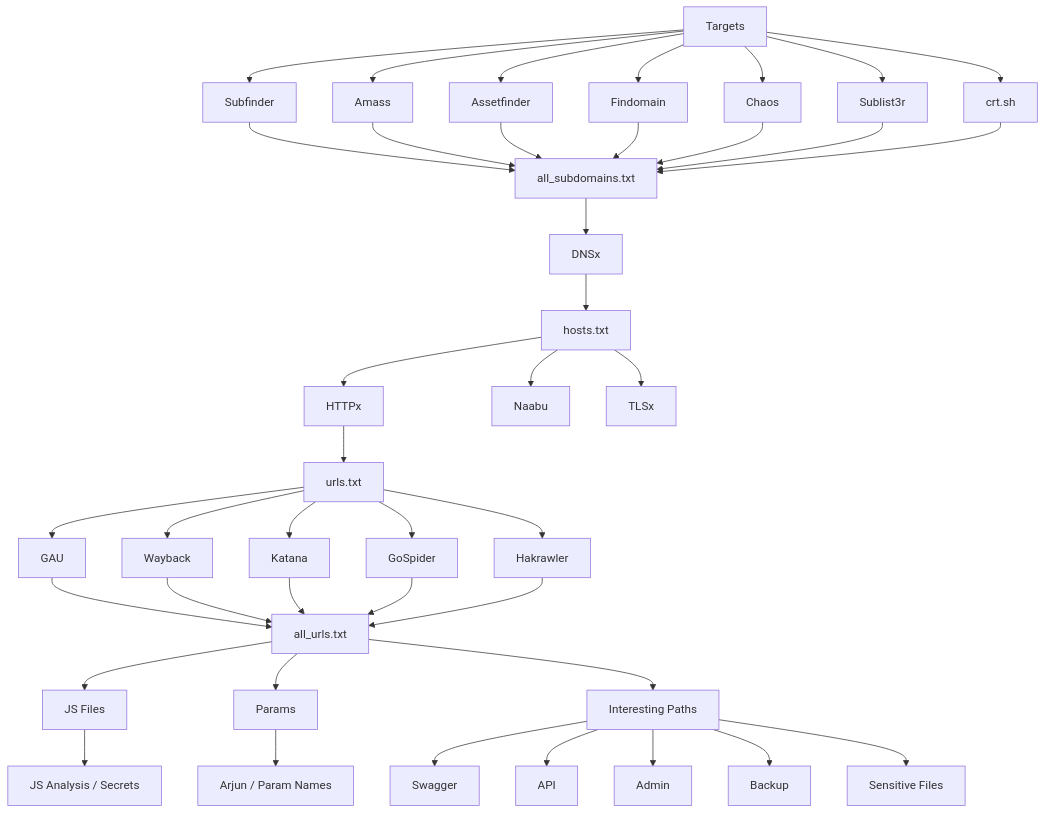
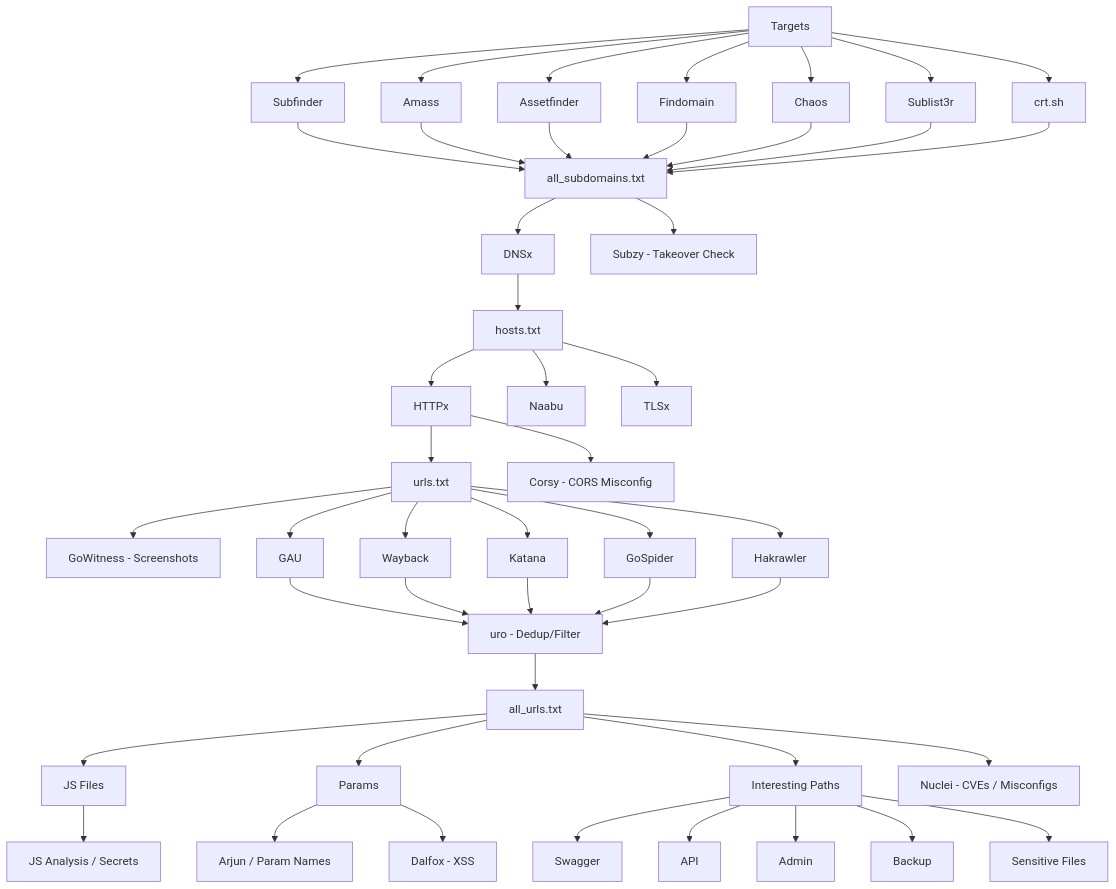
The diagram in README.md (Creed0C/Recon-pipeline), drawn with Mermaid before and after one commit. The commit also changed other lines of this file, not shown here.

````diff
--- a/README.md
+++ b/README.md
@@ -7,40 +7,47 @@
 ```mermaid
 flowchart TD
     T[Targets] --> SF[Subfinder]
     T --> AM[Amass]
     T --> AF[Assetfinder]
     T --> FD[Findomain]
     T --> CH[Chaos]
     T --> SL[Sublist3r]
     T --> CRT[crt.sh]
 
     SF & AM & AF & FD & CH & SL & CRT --> ALLSUB[all_subdomains.txt]
     ALLSUB --> DNSX[DNSx]
+    ALLSUB --> SUBZY[Subzy - Takeover Check]
     DNSX --> HOSTS[hosts.txt]
 
     HOSTS --> HTTPX[HTTPx]
     HOSTS --> NAABU[Naabu]
     HOSTS --> TLSX[TLSx]
 
     HTTPX --> URLS[urls.txt]
+    URLS --> GOWIT[GoWitness - Screenshots]
 
     URLS --> GAU[GAU]
     URLS --> WB[Wayback]
     URLS --> KAT[Katana]
     URLS --> GS[GoSpider]
     URLS --> HK[Hakrawler]
 
-    GAU & WB & KAT & GS & HK --> ALLURL[all_urls.txt]
+    GAU & WB & KAT & GS & HK --> URO[uro - Dedup/Filter]
+    URO --> ALLURL[all_urls.txt]
 
     ALLURL --> JS[JS Files]
     ALLURL --> PARAMS[Params]
     ALLURL --> INT[Interesting Paths]
 
     JS --> JSAN[JS Analysis / Secrets]
     PARAMS --> ARJ[Arjun / Param Names]
+    PARAMS --> DALFOX[Dalfox - XSS]
     INT --> SWAG[Swagger]
     INT --> API[API]
     INT --> ADMIN[Admin]
     INT --> BACKUP[Backup]
     INT --> SENS[Sensitive Files]
+
+    ALLURL --> NUCLEI[Nuclei - CVEs / Misconfigs]
+    HTTPX --> CORSY[Corsy - CORS Misconfig]
 ```
````
